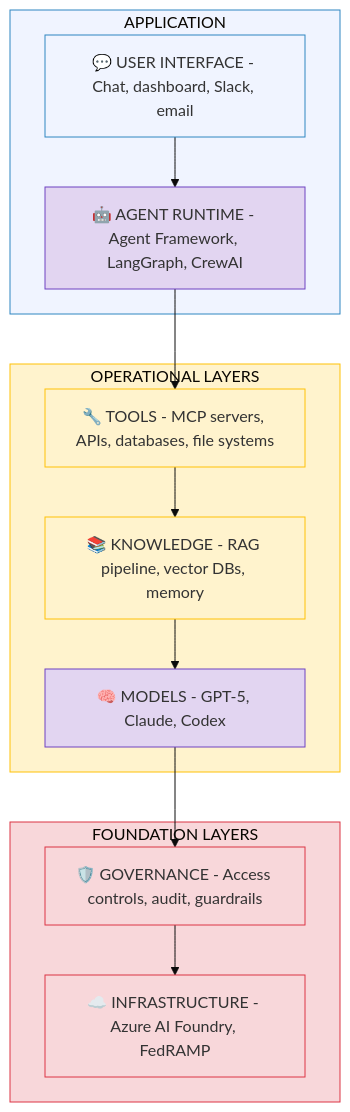
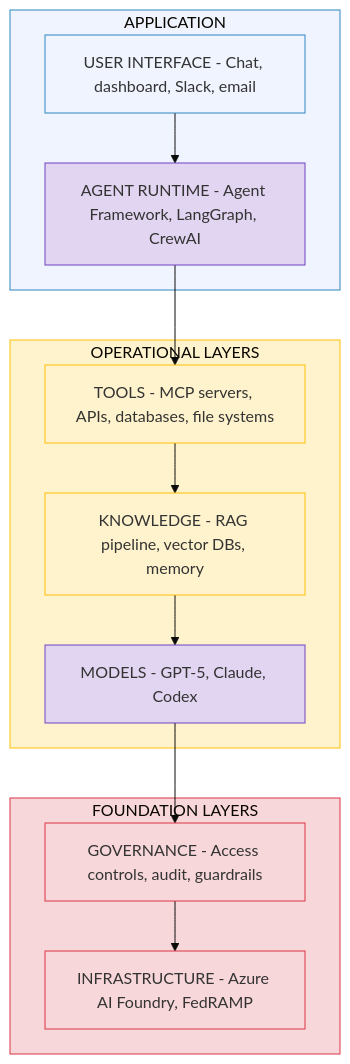
One commit to ithinktavo/GenAI-Engineering-Handbook changed the seventh of 7 diagrams in docs/07-agentic-ai.md. Above: the diagram before and after it, drawn with Mermaid (base theme). The commit also changed other lines of this file and 10 other files, not shown here.

Commit message:
Diagram updates

````diff
--- a/docs/07-agentic-ai.md
+++ b/docs/07-agentic-ai.md
@@ -263,31 +263,31 @@
 ```mermaid
 graph TD
     subgraph App ["APPLICATION"]
-        UI["💬 USER INTERFACE - Chat, dashboard, Slack, email"]
-        Runtime["🤖 AGENT RUNTIME - Agent Framework, LangGraph, CrewAI"]
+        UI["USER INTERFACE - Chat, dashboard, Slack, email"]
+        Runtime["AGENT RUNTIME - Agent Framework, LangGraph, CrewAI"]
     end
 
     subgraph Ops ["OPERATIONAL LAYERS"]
-        Tools["🔧 TOOLS - MCP servers, APIs, databases, file systems"]
-        Knowledge["📚 KNOWLEDGE - RAG pipeline, vector DBs, memory"]
-        Models["🧠 MODELS - GPT-5, Claude, Codex"]
+        Tools["TOOLS - MCP servers, APIs, databases, file systems"]
+        Knowledge["KNOWLEDGE - RAG pipeline, vector DBs, memory"]
+        Models["MODELS - GPT-5, Claude, Codex"]
     end
 
     subgraph Foundation ["FOUNDATION LAYERS"]
-        Gov["🛡️ GOVERNANCE - Access controls, audit, guardrails"]
-        Infra["☁️ INFRASTRUCTURE - Azure AI Foundry, FedRAMP"]
+        Gov["GOVERNANCE - Access controls, audit, guardrails"]
+        Infra["INFRASTRUCTURE - Azure AI Foundry, FedRAMP"]
     end
 
     UI --> Runtime --> Tools --> Knowledge --> Models --> Gov --> Infra
 
     style UI fill:#f0f4ff,stroke:#2E86C1
     style Runtime fill:#e2d5f1,stroke:#6f42c1
     style Tools fill:#fff3cd,stroke:#ffc107
     style Knowledge fill:#fff3cd,stroke:#ffc107
     style Models fill:#e2d5f1,stroke:#6f42c1
     style Gov fill:#f8d7da,stroke:#dc3545
     style Infra fill:#f8d7da,stroke:#dc3545
     style App fill:#f0f4ff,stroke:#2E86C1
     style Ops fill:#fff3cd,stroke:#ffc107
     style Foundation fill:#f8d7da,stroke:#dc3545
 ```
````
